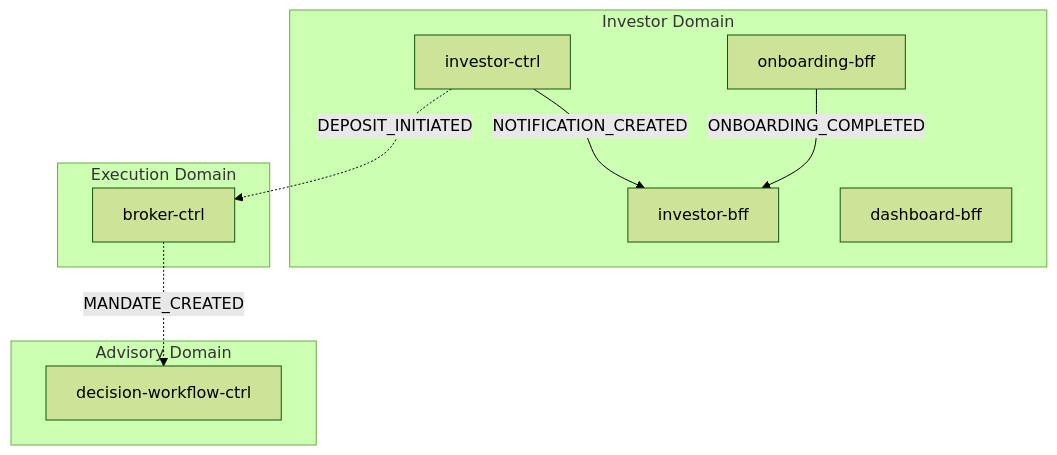
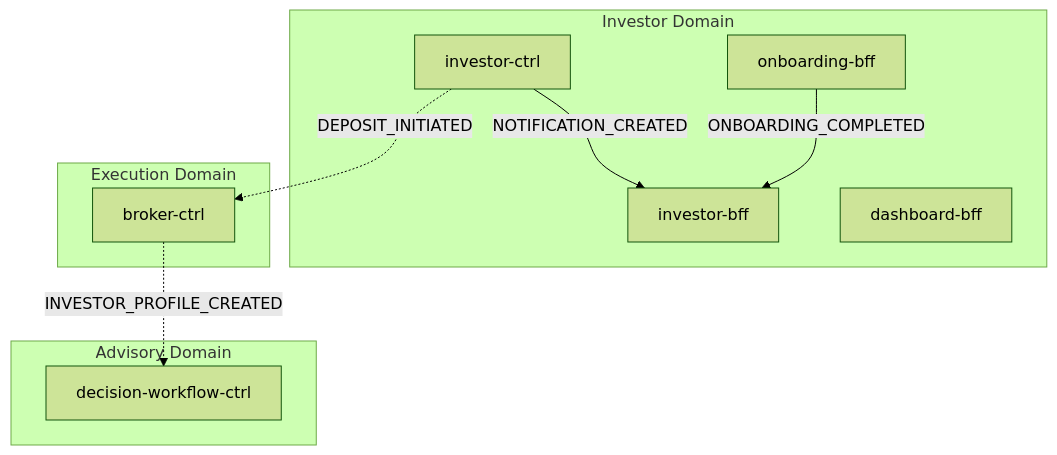
The first of 2 diagrams in docs/data-flows/investor-onboarding.md (fabio-vitali/nestfolio), drawn with Mermaid (forest theme) before and after one commit. The commit also changed other lines of this file and 21 other files, not shown here.

First line of the commit message:
docs: regen flow markdown + C4 diagrams for InvestorProfile collapse

````diff
--- a/docs/data-flows/investor-onboarding.md
+++ b/docs/data-flows/investor-onboarding.md
@@ -11,19 +11,19 @@
 ```mermaid
 flowchart TD
     subgraph investor["Investor Domain"]
         onboarding_bff["onboarding-bff"]
         investor_bff["investor-bff"]
         investor_ctrl["investor-ctrl"]
         dashboard_bff["dashboard-bff"]
     end
     subgraph execution["Execution Domain"]
         broker_ctrl["broker-ctrl"]
     end
     subgraph advisory["Advisory Domain"]
         decision_workflow_ctrl["decision-workflow-ctrl"]
     end
     onboarding_bff -->|"ONBOARDING_COMPLETED"| investor_bff
     investor_ctrl -->|"NOTIFICATION_CREATED"| investor_bff
     investor_ctrl -.->|"DEPOSIT_INITIATED"| broker_ctrl
-    broker_ctrl -.->|"MANDATE_CREATED"| decision_workflow_ctrl
+    broker_ctrl -.->|"INVESTOR_PROFILE_CREATED"| decision_workflow_ctrl
 ```
````
